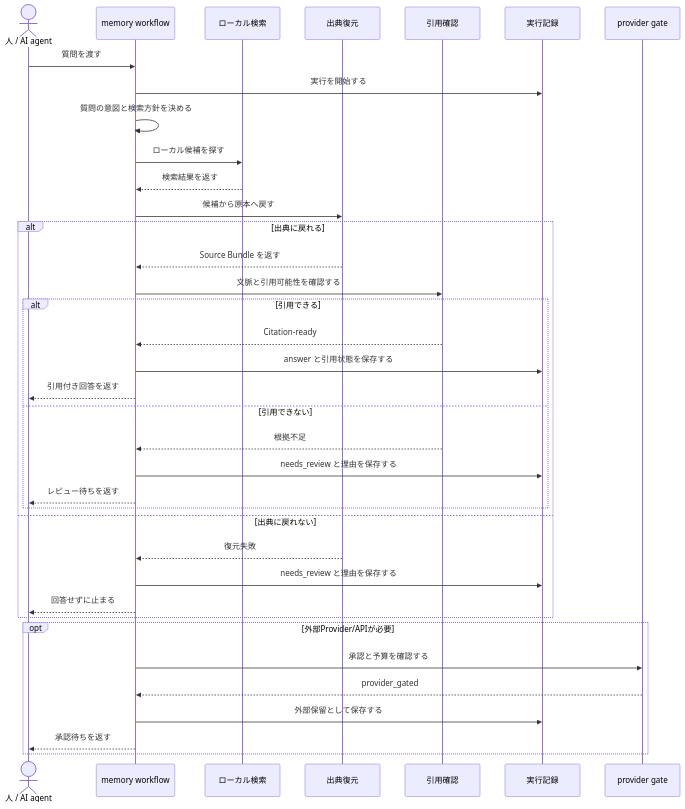
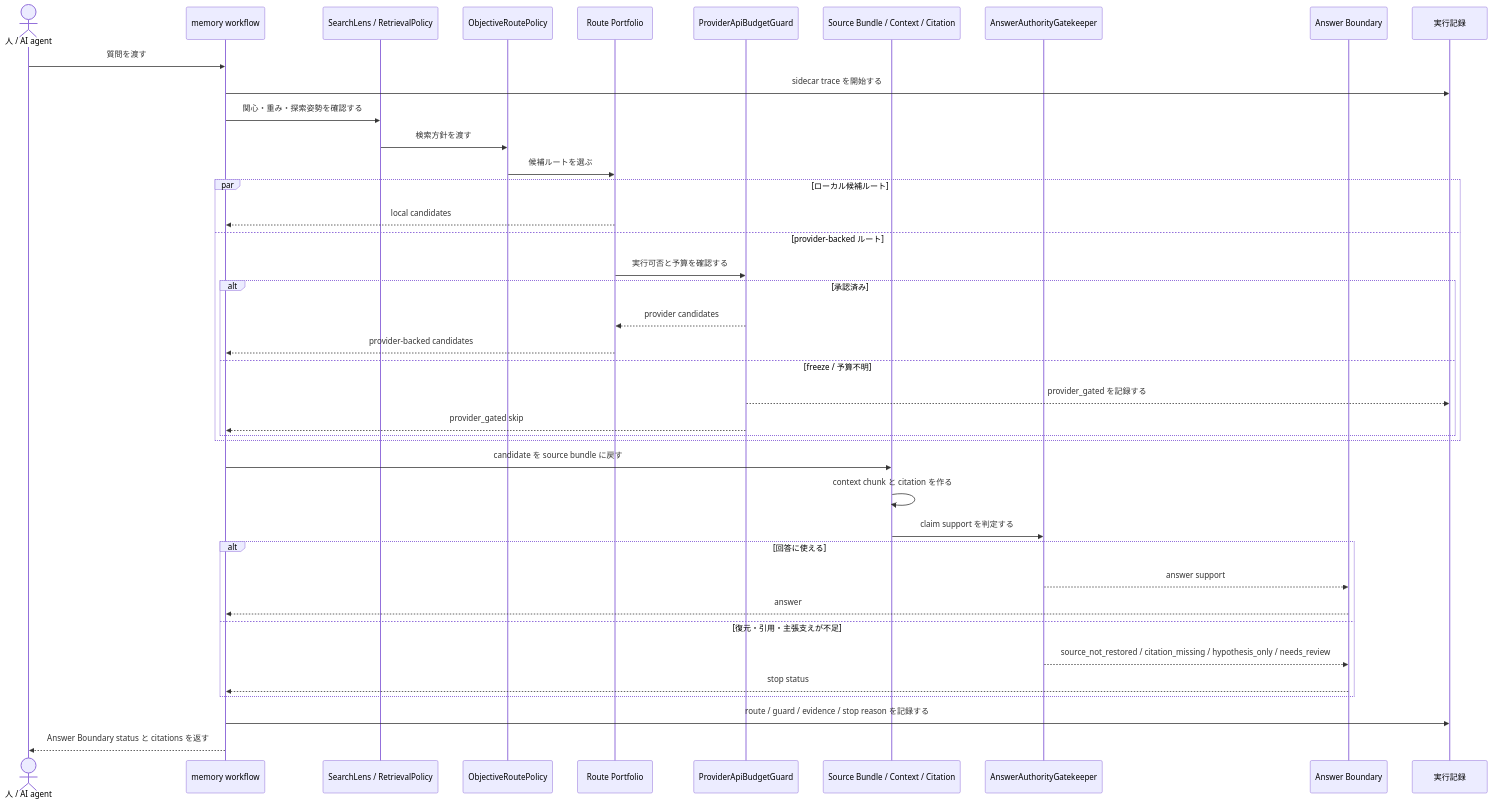
One commit to masanori64/research_x changed the diagram in docs/presentation/mermaid/03-memory-query-sequence.mmd. Above: the diagram before and after it, drawn with Mermaid. The commit also changed 48 other files, not shown here.

Commit message:
Refresh final memory flow docs

```diff
--- a/docs/presentation/mermaid/03-memory-query-sequence.mmd
+++ b/docs/presentation/mermaid/03-memory-query-sequence.mmd
@@ -1,42 +1,45 @@
 sequenceDiagram
   %% 1回の memory query シーケンス図: 1回の問い合わせで何が順に起きるか
 
   actor Human as 人 / AI agent
   participant Tool as memory workflow
-  participant Search as ローカル検索
-  participant Source as 出典復元
-  participant Citation as 引用確認
+  participant Lens as SearchLens / RetrievalPolicy
+  participant Policy as ObjectiveRoutePolicy
+  participant Routes as Route Portfolio
+  participant Guard as ProviderApiBudgetGuard
+  participant Evidence as Source Bundle / Context / Citation
+  participant Authority as AnswerAuthorityGatekeeper
+  participant Boundary as Answer Boundary
   participant Trace as 実行記録
-  participant Gate as provider gate
 
   Human->>Tool: 質問を渡す
-  Tool->>Trace: 実行を開始する
-  Tool->>Tool: 質問の意図と検索方針を決める
-  Tool->>Search: ローカル候補を探す
-  Search-->>Tool: 検索結果を返す
-  Tool->>Source: 候補から原本へ戻す
+  Tool->>Trace: sidecar trace を開始する
+  Tool->>Lens: 関心・重み・探索姿勢を確認する
+  Lens->>Policy: 検索方針を渡す
+  Policy->>Routes: 候補ルートを選ぶ
 
-  alt 出典に戻れる
-    Source-->>Tool: Source Bundle を返す
-    Tool->>Citation: 文脈と引用可能性を確認する
-    alt 引用できる
-      Citation-->>Tool: Citation-ready
-      Tool->>Trace: answer と引用状態を保存する
-      Tool-->>Human: 引用付き回答を返す
-    else 引用できない
-      Citation-->>Tool: 根拠不足
-      Tool->>Trace: needs_review と理由を保存する
-      Tool-->>Human: レビュー待ちを返す
+  par ローカル候補ルート
+    Routes-->>Tool: local candidates
+  and provider-backed ルート
+    Routes->>Guard: 実行可否と予算を確認する
+    alt 承認済み
+      Guard-->>Routes: provider candidates
+      Routes-->>Tool: provider-backed candidates
+    else freeze / 予算不明
+      Guard-->>Trace: provider_gated を記録する
+      Guard-->>Tool: provider_gated skip
     end
-  else 出典に戻れない
-    Source-->>Tool: 復元失敗
-    Tool->>Trace: needs_review と理由を保存する
-    Tool-->>Human: 回答せずに止まる
   end
 
-  opt 外部Provider/APIが必要
-    Tool->>Gate: 承認と予算を確認する
-    Gate-->>Tool: provider_gated
-    Tool->>Trace: 外部保留として保存する
-    Tool-->>Human: 承認待ちを返す
+  Tool->>Evidence: candidate を source bundle に戻す
+  Evidence->>Evidence: context chunk と citation を作る
+  Evidence->>Authority: claim support を判定する
+  alt 回答に使える
+    Authority-->>Boundary: answer support
+    Boundary-->>Tool: answer
+  else 復元・引用・主張支えが不足
+    Authority-->>Boundary: source_not_restored / citation_missing / hypothesis_only / needs_review
+    Boundary-->>Tool: stop status
   end
+  Tool->>Trace: route / guard / evidence / stop reason を記録する
+  Tool-->>Human: Answer Boundary status と citations を返す
```
